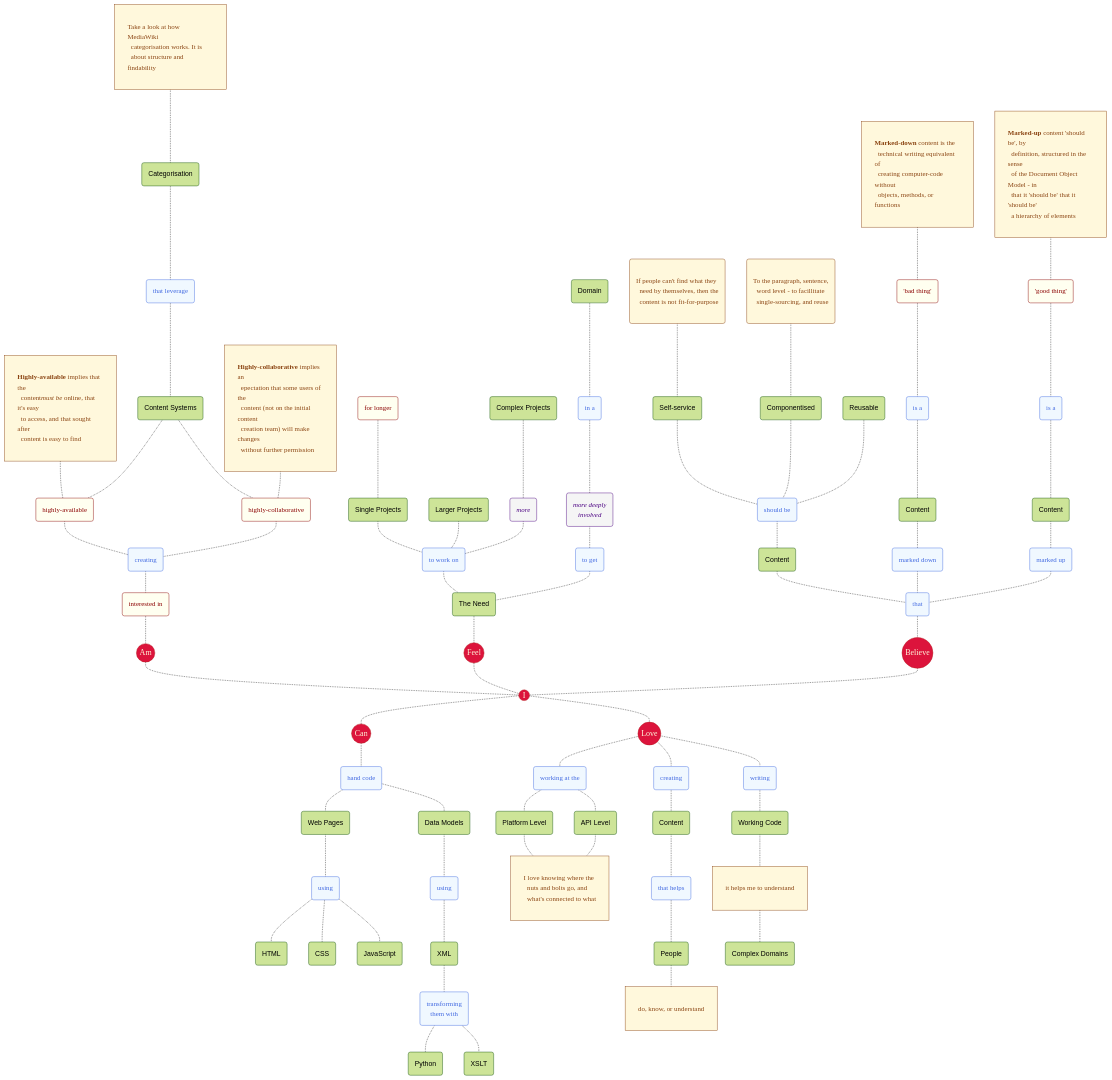
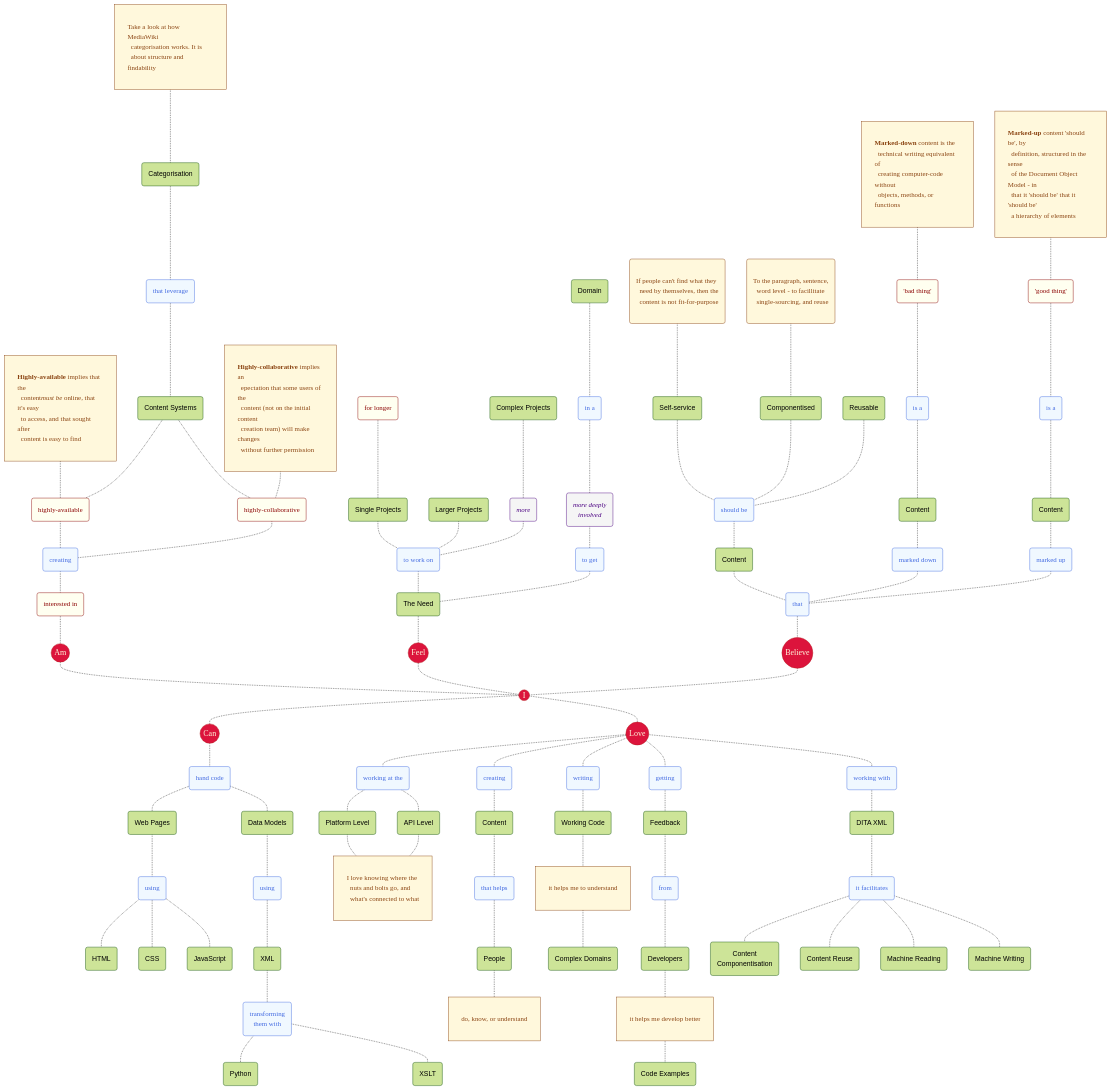
Before and after one commit to joe-dorward/samples: the diagram in my_mermaid_mindmap_2.md, drawn with Mermaid.

````diff
--- a/my_mermaid_mindmap_2.md
+++ b/my_mermaid_mindmap_2.md
@@ -200,4 +200,36 @@
 
   LOVE-.-WRITING-.-WORKING_CODE-.-HELPS_ME_UNDERSTAND_NOTE-.-COMPLEX_DOMAINS
   %% ---------- ---------- ---------- ---------- ---------- ---------- ---------- ---------- ---------- ----------
+  HELPS_ME_WRITE_BETTER_NOTE[it helps me develop better]
+
+  GETTING("getting")
+  FEEDBACK("Feedback")
+  FROM("from")
+  DEVELOPERS("Developers")
+
+  CODE_EXAMPLES("Code Examples")
+
+  class GETTING,FROM Verb;
+  class HELPS_ME_WRITE_BETTER_NOTE Note;
+
+  LOVE-.-GETTING-.-FEEDBACK-.-FROM-.-DEVELOPERS-.-HELPS_ME_WRITE_BETTER_NOTE-.-CODE_EXAMPLES
+  %% ---------- ---------- ---------- ---------- ---------- ---------- ---------- ---------- ---------- ----------
+  WORKING_WITH("working with")
+  DITA_XML("DITA XML")
+  IT_FACILITATES("it facilitates")
+  CONTENT_COMPONENTISATION("Content<br/>Componentisation")
+  CONTENT_REUSE("Content Reuse")
+  MACHINE_READING("Machine Reading")
+  MACHINE_WRITING("Machine Writing")
+
+  class WORKING_WITH,IT_FACILITATES Verb;
+
+  LOVE-.-WORKING_WITH-.-DITA_XML-.-IT_FACILITATES
+
+  IT_FACILITATES-.-CONTENT_COMPONENTISATION
+  IT_FACILITATES-.-CONTENT_REUSE
+  IT_FACILITATES-.-MACHINE_READING
+  IT_FACILITATES-.-MACHINE_WRITING
+  %% ---------- ---------- ---------- ---------- ---------- ---------- ---------- ---------- ---------- ----------
+
 ```
````
